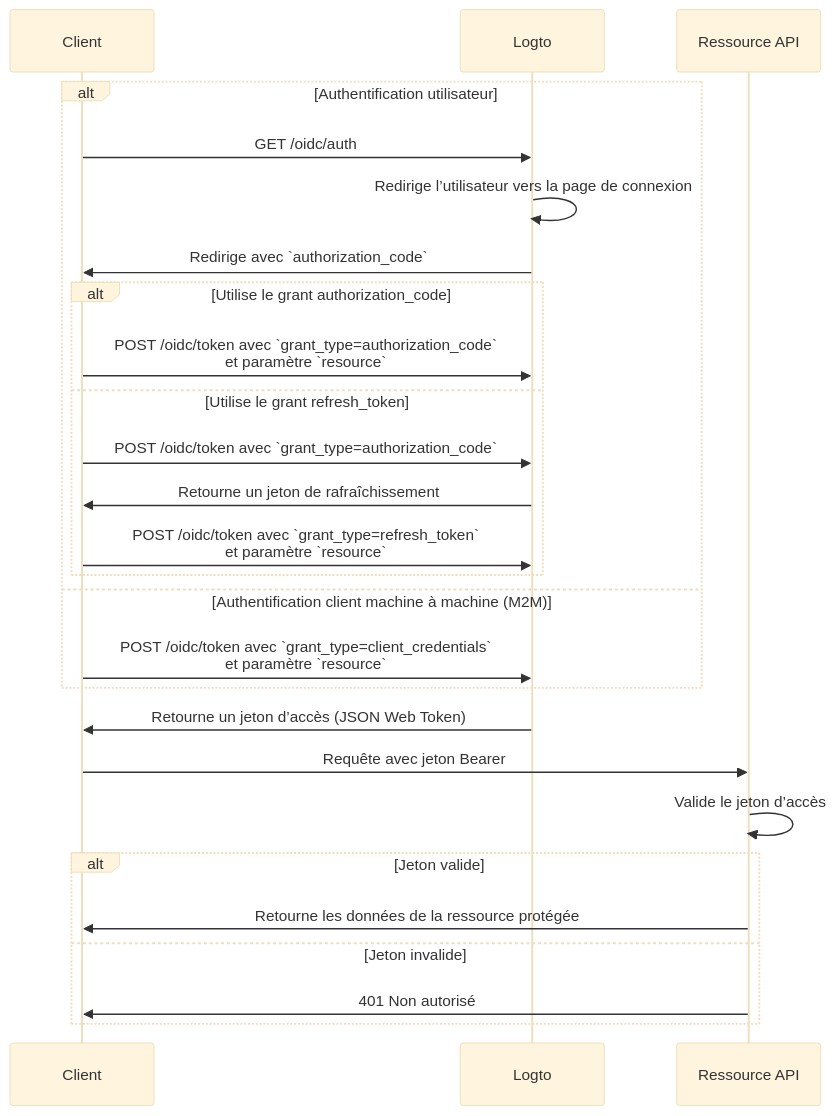
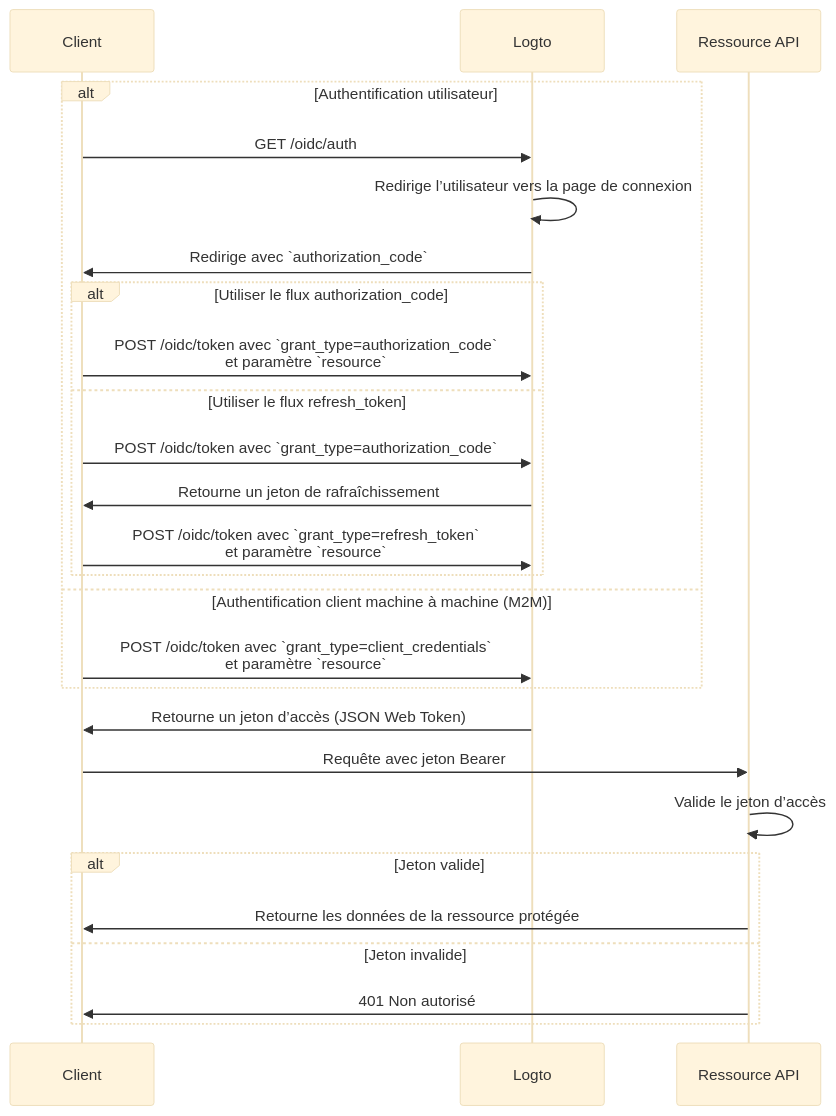
Before and after one commit to logto-io/docs: the diagram in i18n/fr/docusaurus-plugin-content-docs/current/authorization/global-api-resources.mdx, drawn with Mermaid (base theme). The commit also changed other lines of this file and 36 other files, not shown here.

````diff
--- a/i18n/fr/docusaurus-plugin-content-docs/current/authorization/global-api-resources.mdx
+++ b/i18n/fr/docusaurus-plugin-content-docs/current/authorization/global-api-resources.mdx
@@ -67,31 +68,31 @@
 ```mermaid
 sequenceDiagram
     participant Client
     participant Logto
     participant API as Ressource API
 
     alt Authentification utilisateur
         Client->>Logto: GET /oidc/auth
         Logto->>Logto: Redirige l’utilisateur vers la page de connexion
         Logto->>Client: Redirige avec `authorization_code`
-        alt Utilise le grant authorization_code
+        alt Utiliser le flux authorization_code
             Client->>Logto: POST /oidc/token avec `grant_type=authorization_code`<br/>et paramètre `resource`
-        else Utilise le grant refresh_token
+        else Utiliser le flux refresh_token
             Client->>Logto: POST /oidc/token avec `grant_type=authorization_code`
             Logto->>Client: Retourne un jeton de rafraîchissement
             Client->>Logto: POST /oidc/token avec `grant_type=refresh_token`<br/>et paramètre `resource`
         end
     else Authentification client machine à machine (M2M)
         Client->>Logto: POST /oidc/token avec `grant_type=client_credentials`<br/>et paramètre `resource`
     end
 
     Logto->>Client: Retourne un jeton d’accès (JSON Web Token)
     Client->>API: Requête avec jeton Bearer
     API->>API: Valide le jeton d’accès
 
     alt Jeton valide
       API->>Client: Retourne les données de la ressource protégée
     else Jeton invalide
       API->>Client: 401 Non autorisé
     end
 ```
````
